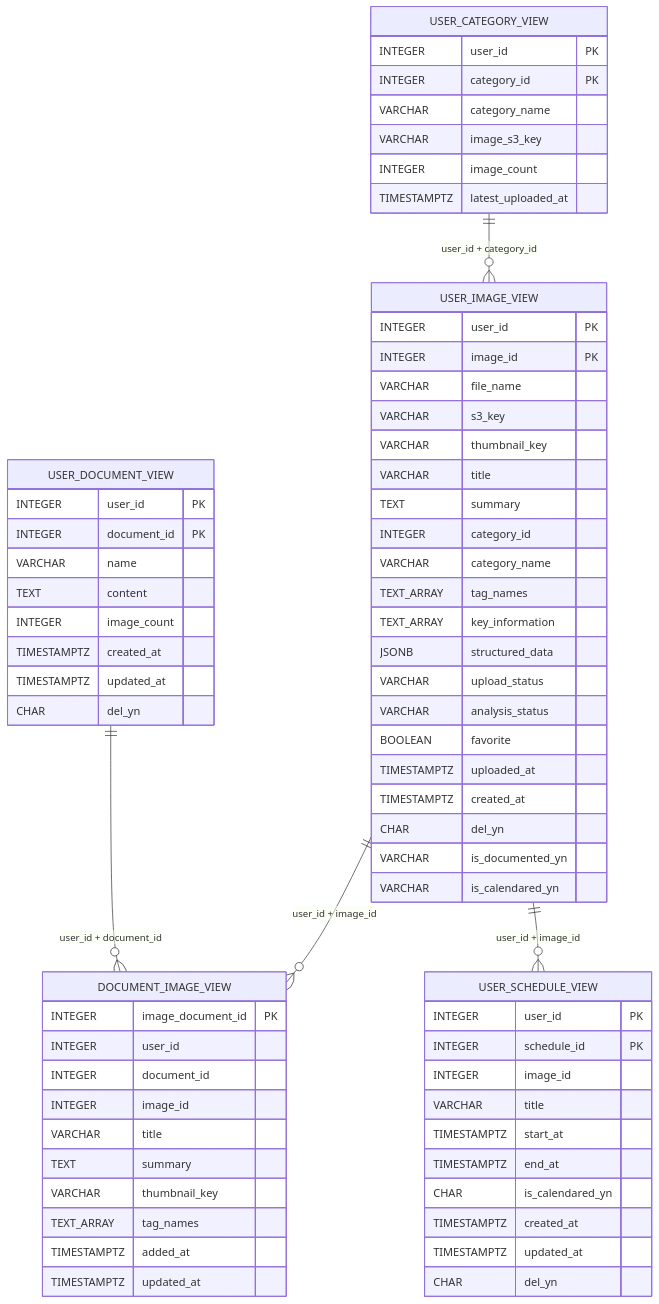
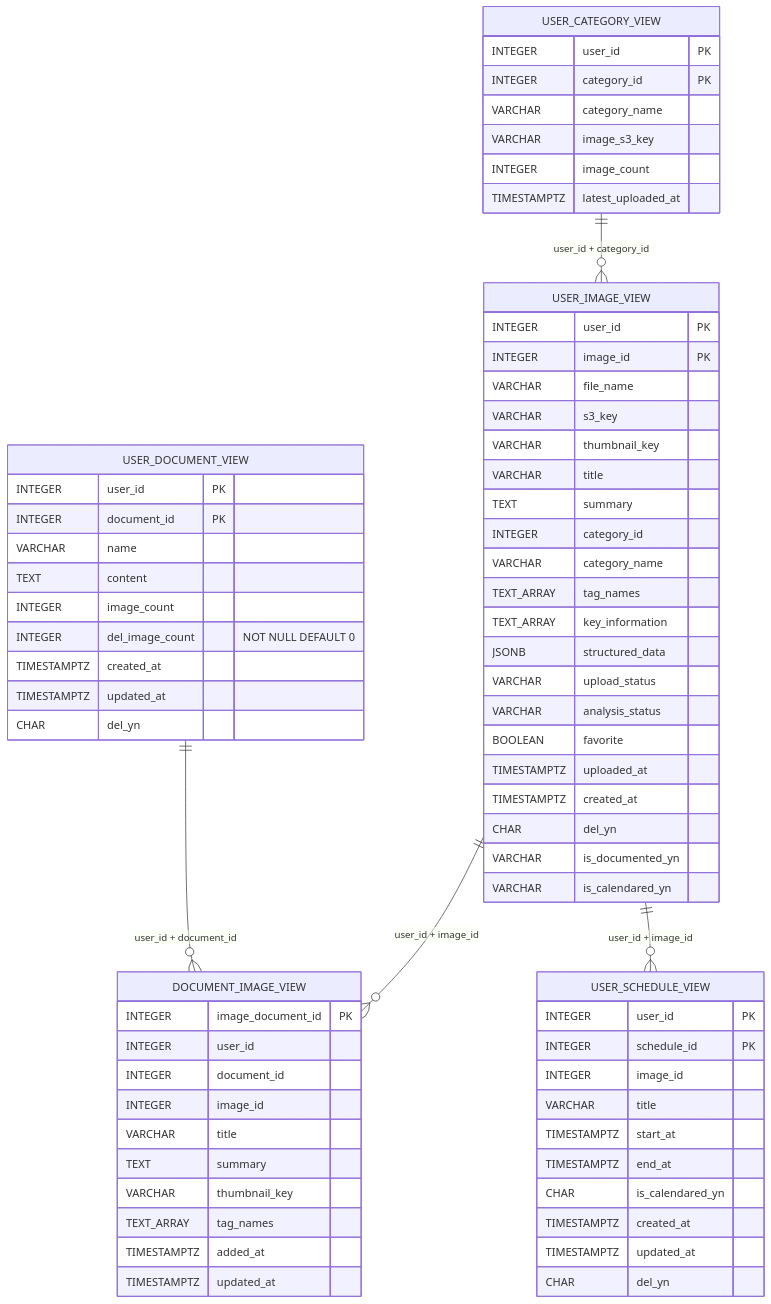
Before and after one commit to hantawon123/MODERA: the third of 4 diagrams in backend/docs/database-erd.md, drawn with Mermaid. The commit also changed other lines of this file and 3 other files, not shown here.

````diff
--- a/backend/docs/database-erd.md
+++ b/backend/docs/database-erd.md
@@ -272,76 +274,77 @@
 ```mermaid
 erDiagram
     USER_CATEGORY_VIEW ||--o{ USER_IMAGE_VIEW : "user_id + category_id"
     USER_IMAGE_VIEW ||--o{ DOCUMENT_IMAGE_VIEW : "user_id + image_id"
     USER_DOCUMENT_VIEW ||--o{ DOCUMENT_IMAGE_VIEW : "user_id + document_id"
     USER_IMAGE_VIEW ||--o{ USER_SCHEDULE_VIEW : "user_id + image_id"
 
     USER_IMAGE_VIEW {
         INTEGER user_id PK
         INTEGER image_id PK
         VARCHAR file_name
         VARCHAR s3_key
         VARCHAR thumbnail_key
         VARCHAR title
         TEXT summary
         INTEGER category_id
         VARCHAR category_name
         TEXT_ARRAY tag_names
         TEXT_ARRAY key_information
         JSONB structured_data
         VARCHAR upload_status
         VARCHAR analysis_status
         BOOLEAN favorite
         TIMESTAMPTZ uploaded_at
         TIMESTAMPTZ created_at
         CHAR del_yn
         VARCHAR is_documented_yn
         VARCHAR is_calendared_yn
     }
 
     USER_CATEGORY_VIEW {
         INTEGER user_id PK
         INTEGER category_id PK
         VARCHAR category_name
         VARCHAR image_s3_key
         INTEGER image_count
         TIMESTAMPTZ latest_uploaded_at
     }
 
     USER_DOCUMENT_VIEW {
         INTEGER user_id PK
         INTEGER document_id PK
         VARCHAR name
         TEXT content
         INTEGER image_count
+        INTEGER del_image_count "NOT NULL DEFAULT 0"
         TIMESTAMPTZ created_at
         TIMESTAMPTZ updated_at
         CHAR del_yn
     }
 
     DOCUMENT_IMAGE_VIEW {
         INTEGER image_document_id PK
         INTEGER user_id
         INTEGER document_id
         INTEGER image_id
         VARCHAR title
         TEXT summary
         VARCHAR thumbnail_key
         TEXT_ARRAY tag_names
         TIMESTAMPTZ added_at
         TIMESTAMPTZ updated_at
     }
 
     USER_SCHEDULE_VIEW {
         INTEGER user_id PK
         INTEGER schedule_id PK
         INTEGER image_id
         VARCHAR title
         TIMESTAMPTZ start_at
         TIMESTAMPTZ end_at
         CHAR is_calendared_yn
         TIMESTAMPTZ created_at
         TIMESTAMPTZ updated_at
         CHAR del_yn
     }
 ```
````
